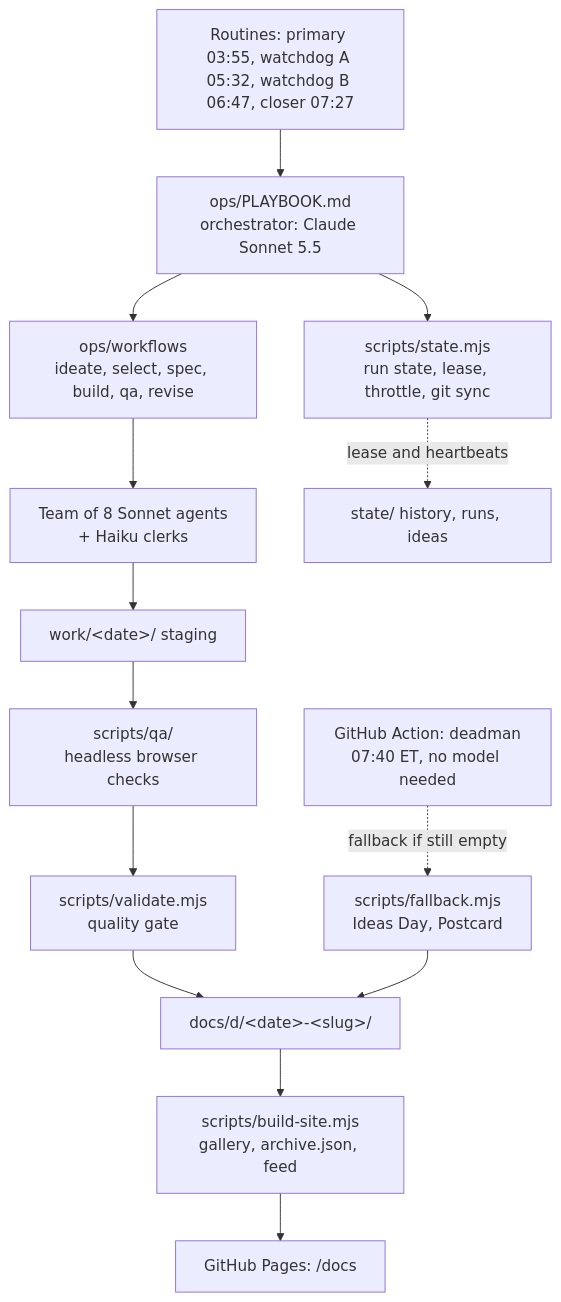
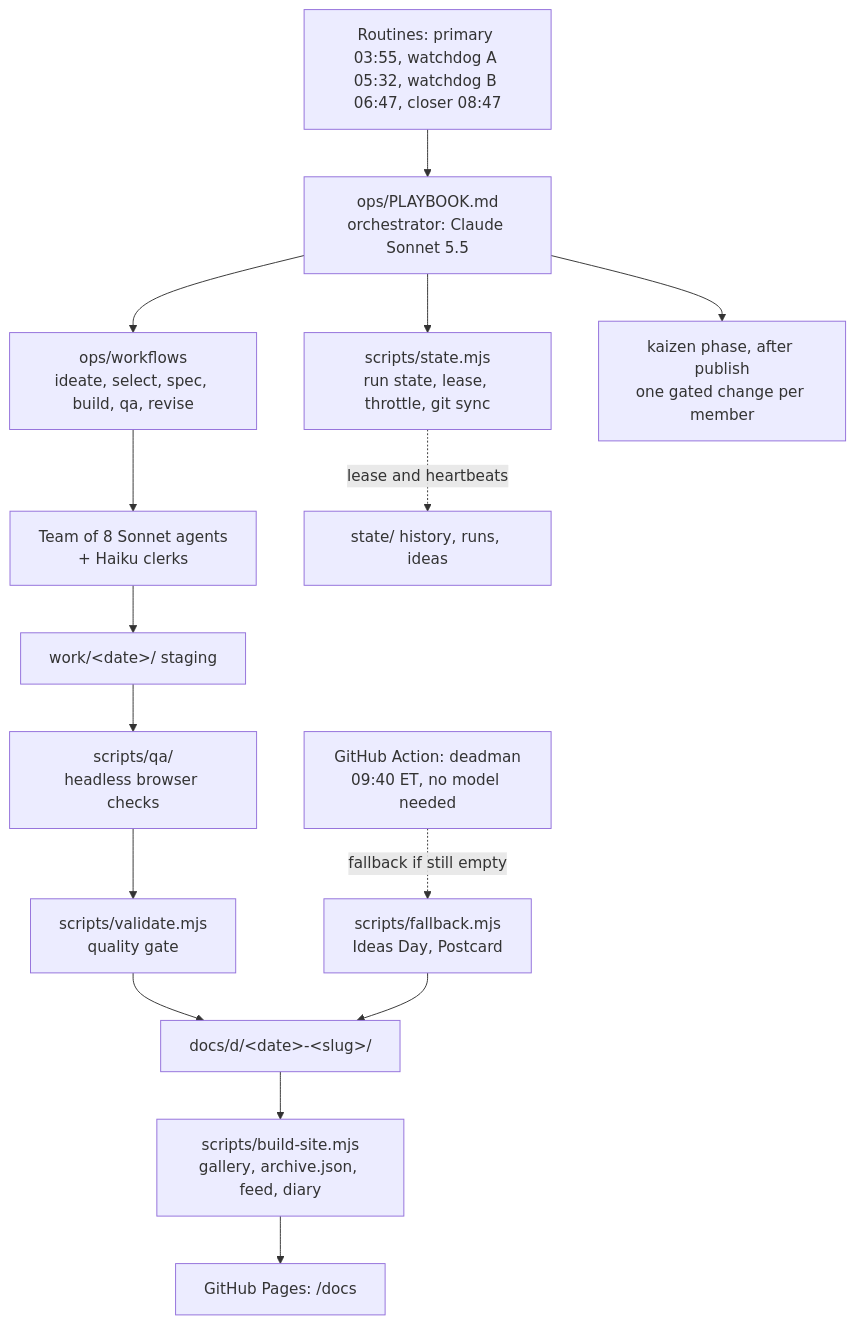
One commit to ph05/sonnet-every-day changed the diagram in README.md. Above: the diagram before and after it, drawn with Mermaid. The commit also changed other lines of this file and 77 other files, not shown here.

First line of the commit message:
Round 2: kaizen culture layer, grace window, heartbeat branch, persistent-session operating model

````diff
--- a/README.md
+++ b/README.md
@@ -78,16 +94,17 @@
 ```mermaid
 flowchart TD
-    R["Routines: primary 03:55, watchdog A 05:32, watchdog B 06:47, closer 07:27"] --> P["ops/PLAYBOOK.md<br/>orchestrator: Claude Sonnet 5.5"]
+    R["Routines: primary 03:55, watchdog A 05:32, watchdog B 06:47, closer 08:47"] --> P["ops/PLAYBOOK.md<br/>orchestrator: Claude Sonnet 5.5"]
     P --> S["scripts/state.mjs<br/>run state, lease, throttle, git sync"]
     P --> W["ops/workflows<br/>ideate, select, spec, build, qa, revise"]
     W --> T["Team of 8 Sonnet agents<br/>+ Haiku clerks"]
     T --> K["work/&lt;date&gt;/ staging"]
     K --> Q["scripts/qa/<br/>headless browser checks"]
     Q --> V["scripts/validate.mjs<br/>quality gate"]
     V --> D["docs/d/&lt;date&gt;-&lt;slug&gt;/"]
-    D --> B["scripts/build-site.mjs<br/>gallery, archive.json, feed"]
+    D --> B["scripts/build-site.mjs<br/>gallery, archive.json, feed, diary"]
     B --> G["GitHub Pages: /docs"]
+    P --> Z["kaizen phase, after publish<br/>one gated change per member"]
     S -.->|"lease and heartbeats"| H["state/ history, runs, ideas"]
-    X["GitHub Action: deadman<br/>07:40 ET, no model needed"] -.->|"fallback if still empty"| F["scripts/fallback.mjs<br/>Ideas Day, Postcard"]
+    X["GitHub Action: deadman<br/>09:40 ET, no model needed"] -.->|"fallback if still empty"| F["scripts/fallback.mjs<br/>Ideas Day, Postcard"]
     F --> D
 ```
````
